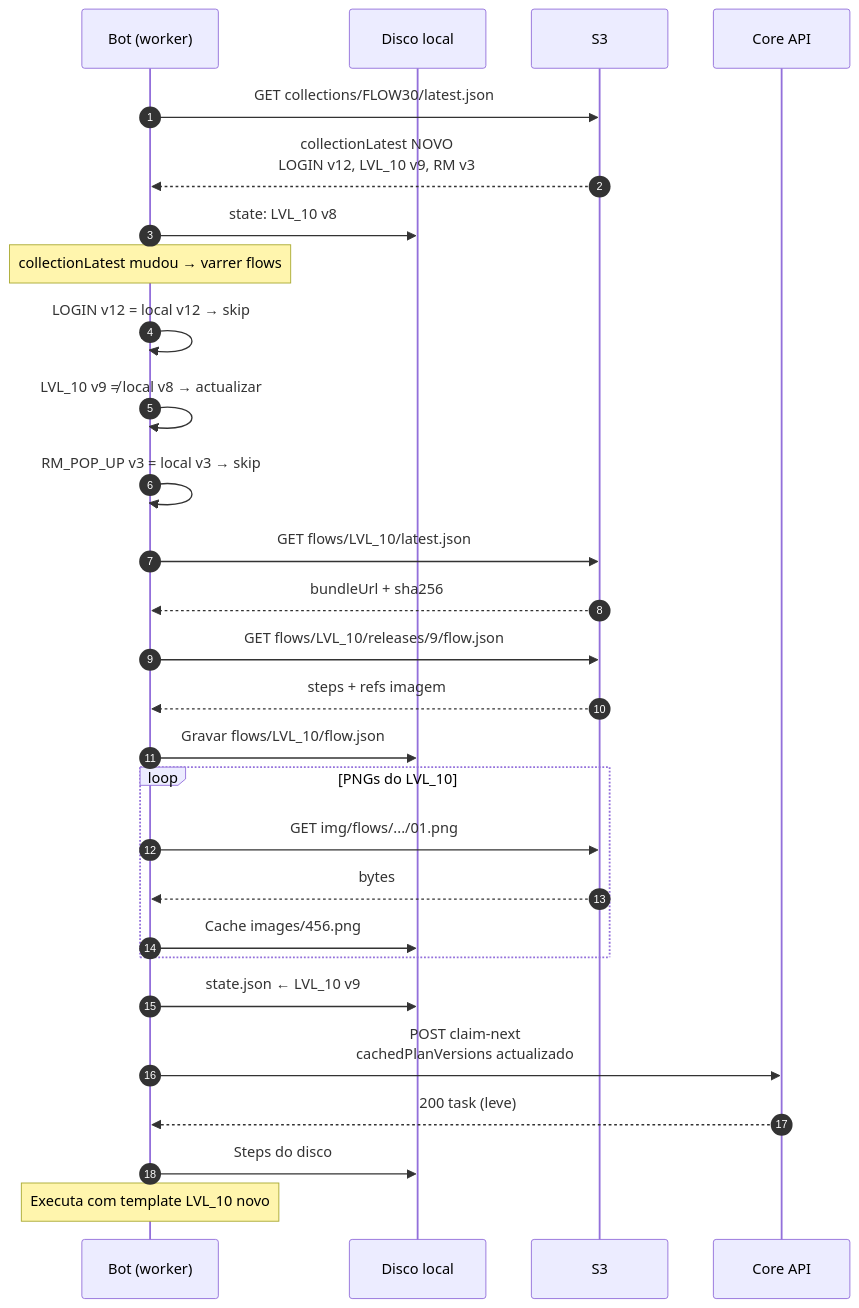
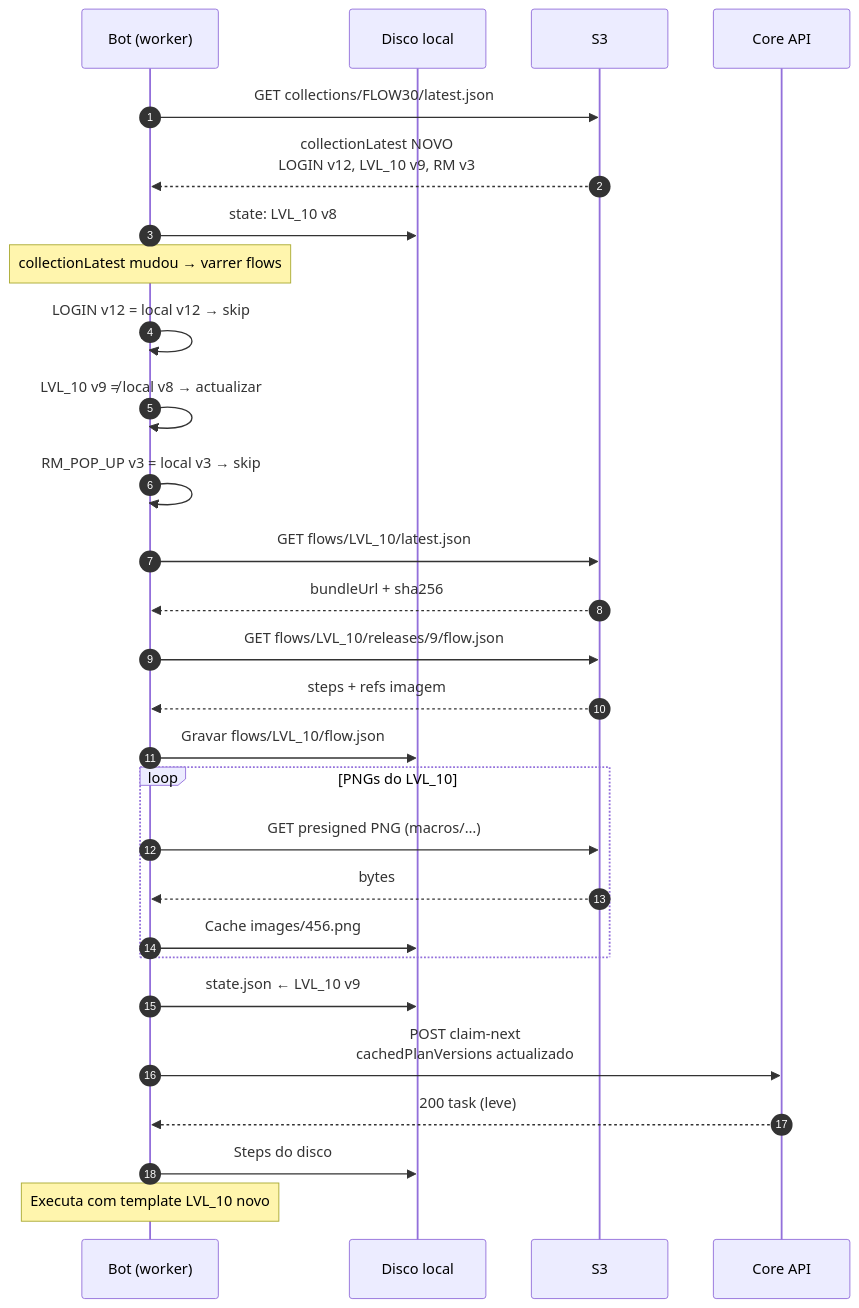
One commit to ConteLucas/automation-docs-lab changed the second of 3 diagrams in bot/guia-sync-manifests-s3.md. Above: the diagram before and after it, drawn with Mermaid. The commit also changed other lines of this file and 15 other files, not shown here.

````diff
--- a/bot/guia-sync-manifests-s3.md
+++ b/bot/guia-sync-manifests-s3.md
@@ -127,40 +127,40 @@
 ```mermaid
 sequenceDiagram
     autonumber
     participant Bot as Bot (worker)
     participant Local as Disco local
     participant S3 as S3
     participant Core as Core API
 
     Bot->>S3: GET collections/FLOW30/latest.json
     S3-->>Bot: collectionLatest NOVO<br/>LOGIN v12, LVL_10 v9, RM v3
 
     Bot->>Local: state: LVL_10 v8
     Note over Bot: collectionLatest mudou → varrer flows
 
     Bot->>Bot: LOGIN v12 = local v12 → skip
     Bot->>Bot: LVL_10 v9 ≠ local v8 → actualizar
     Bot->>Bot: RM_POP_UP v3 = local v3 → skip
 
     Bot->>S3: GET flows/LVL_10/latest.json
     S3-->>Bot: bundleUrl + sha256
 
     Bot->>S3: GET flows/LVL_10/releases/9/flow.json
     S3-->>Bot: steps + refs imagem
 
     Bot->>Local: Gravar flows/LVL_10/flow.json
 
     loop PNGs do LVL_10
-        Bot->>S3: GET img/flows/.../01.png
+        Bot->>S3: GET presigned PNG (macros/…)
         S3-->>Bot: bytes
         Bot->>Local: Cache images/456.png
     end
 
     Bot->>Local: state.json ← LVL_10 v9
 
     Bot->>Core: POST claim-next<br/>cachedPlanVersions actualizado
     Core-->>Bot: 200 task (leve)
 
     Bot->>Local: Steps do disco
     Note over Bot: Executa com template LVL_10 novo
 ```
````
